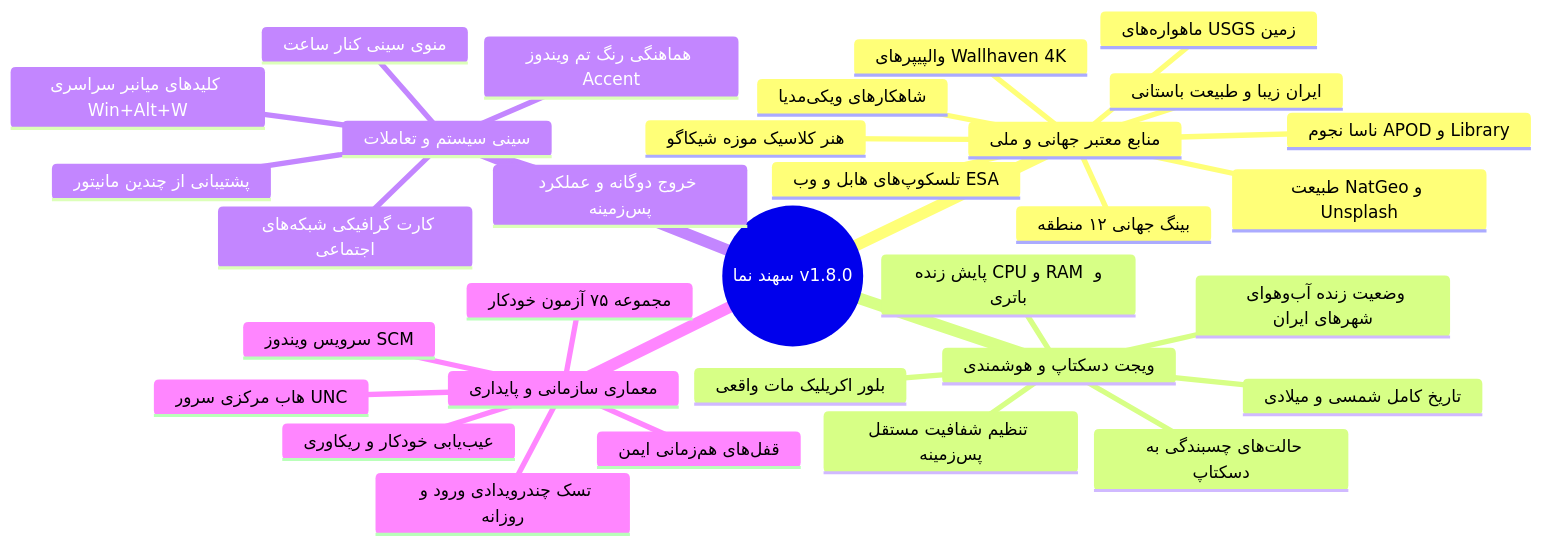
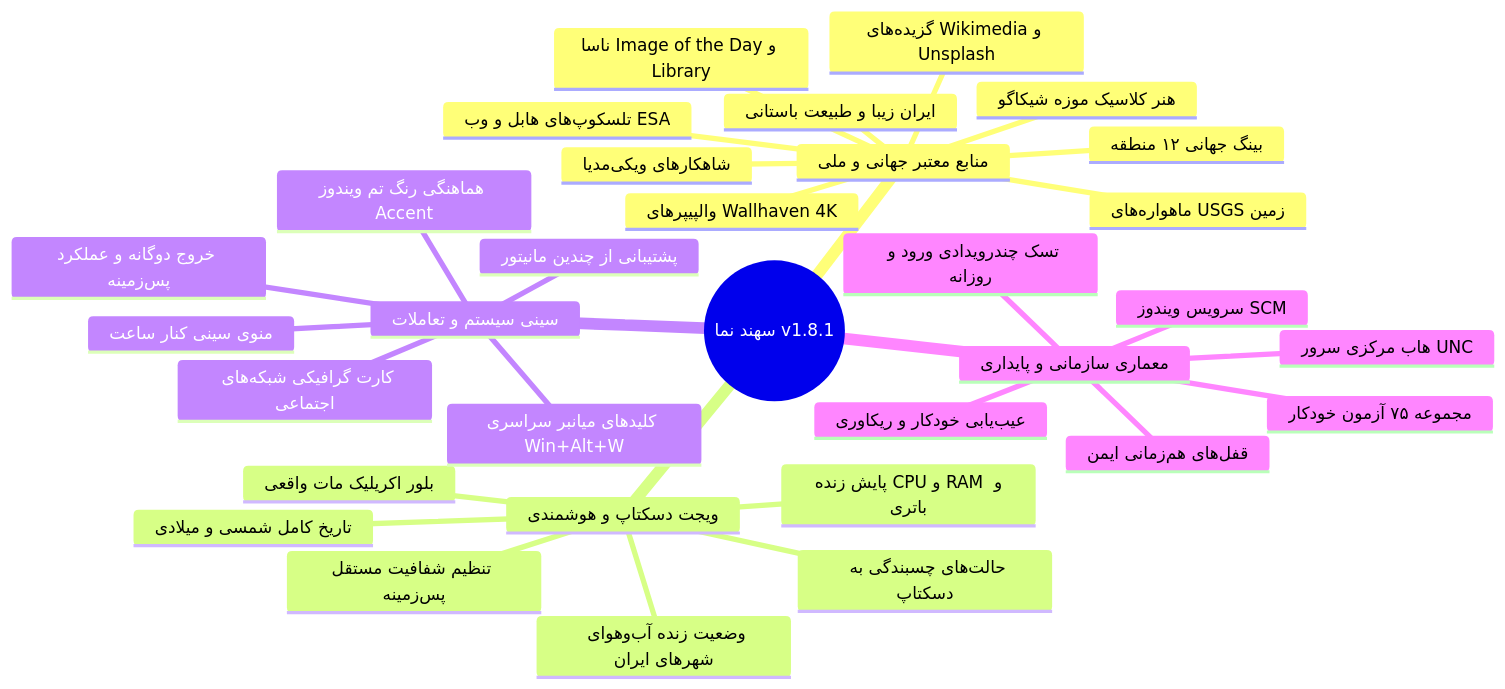
One commit to taimazus/SetWinWallpaper changed the diagram in docs/wiki/Home.md. Above: the diagram before and after it, drawn with Mermaid. The commit also changed other lines of this file and 43 other files, not shown here.

````diff
--- a/docs/wiki/Home.md
+++ b/docs/wiki/Home.md
@@ -26,35 +26,35 @@
 ```mermaid
 mindmap
-  root((سهند نما v1.8.0))
+  root((سهند نما v1.8.1))
     منابع معتبر جهانی و ملی
       بینگ جهانی ۱۲ منطقه
       ایران زیبا و طبیعت باستانی
       والپیپرهای Wallhaven 4K
       هنر کلاسیک موزه شیکاگو
-      طبیعت NatGeo و Unsplash
-      ناسا نجوم APOD و Library
+      گزیده‌های Wikimedia و Unsplash
+      ناسا Image of the Day و Library
       تلسکوپ‌های هابل و وب ESA
       شاهکارهای ویکی‌مدیا
       ماهواره‌های USGS زمین
     ویجت دسکتاپ و هوشمندی
       بلور اکریلیک مات واقعی
       تاریخ کامل شمسی و میلادی
       وضعیت زنده آب‌وهوای شهرهای ایران
       پایش زنده CPU و RAM و باتری
       تنظیم شفافیت مستقل پس‌زمینه
       حالت‌های چسبندگی به دسکتاپ
     سینی سیستم و تعاملات
       منوی سینی کنار ساعت
       خروج دوگانه و عملکرد پس‌زمینه
       کلیدهای میانبر سراسری Win+Alt+W
       هماهنگی رنگ تم ویندوز Accent
       کارت گرافیکی شبکه‌های اجتماعی
       پشتیبانی از چندین مانیتور
     معماری سازمانی و پایداری
       هاب مرکزی سرور UNC
       سرویس ویندوز SCM
       تسک چندرویدادی ورود و روزانه
       قفل‌های هم‌زمانی ایمن
       عیب‌یابی خودکار و ریکاوری
       مجموعه ۷۵ آزمون خودکار
 ```
````
